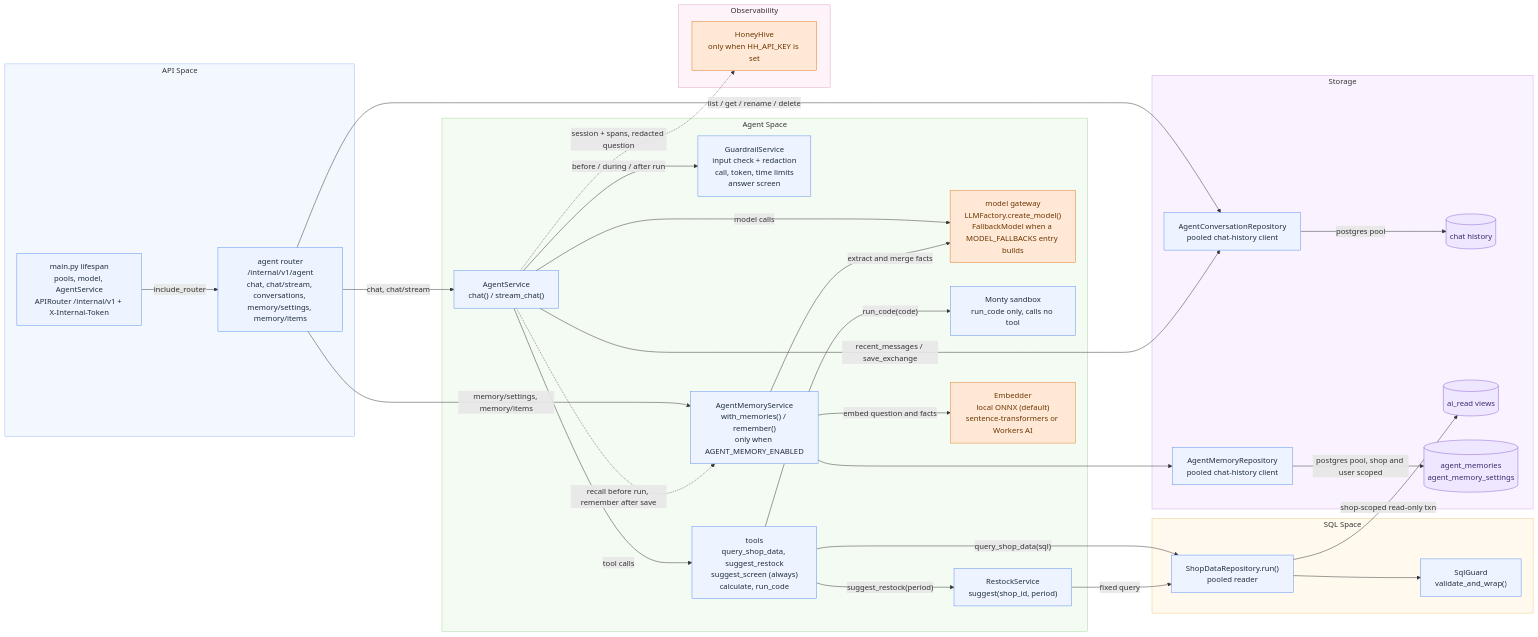
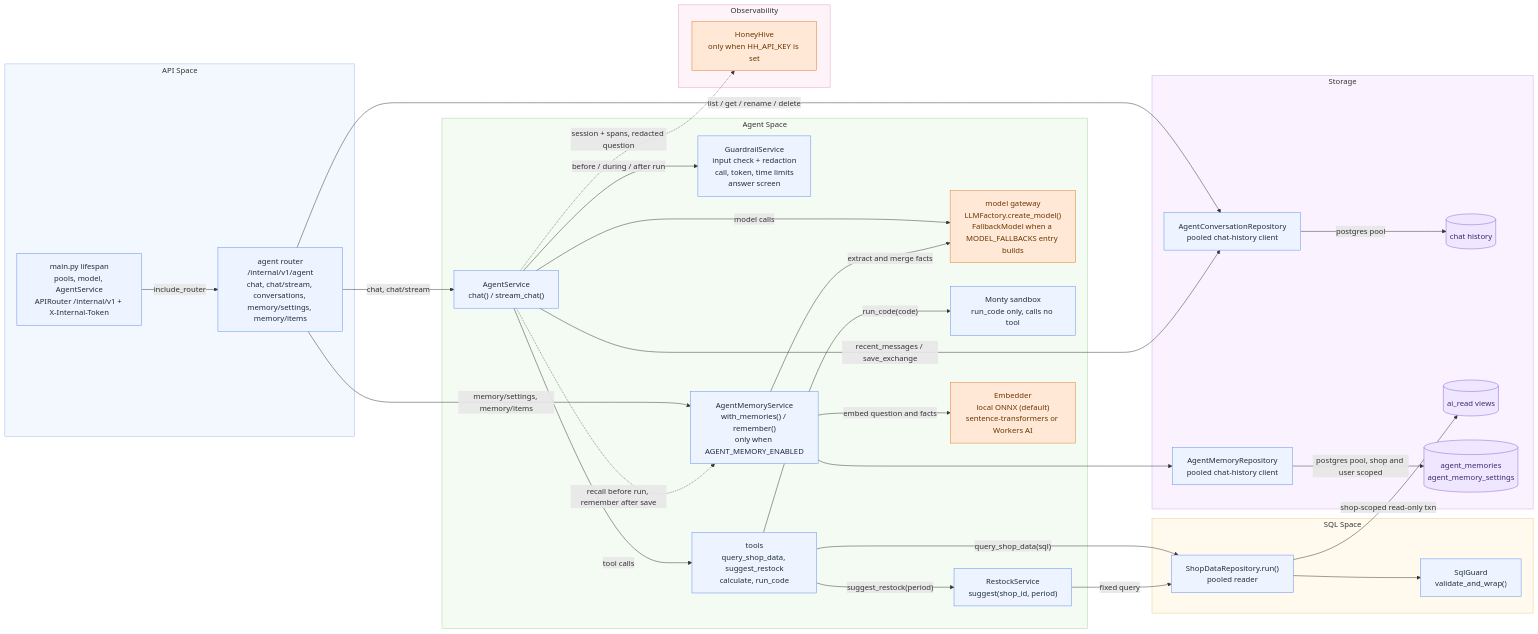
The diagram in docs/architecture/service-walkthrough/06-ai/ai-components.mmd (miphu2804/smart-ledger), drawn with Mermaid before and after one commit. The commit also changed 30 other files, not shown here.

```diff
--- a/docs/architecture/service-walkthrough/06-ai/ai-components.mmd
+++ b/docs/architecture/service-walkthrough/06-ai/ai-components.mmd
@@ -1,66 +1,66 @@
 flowchart LR
     subgraph API["API Space"]
         MAIN["main.py lifespan<br/>pools, model, AgentService<br/>APIRouter /internal/v1 + X-Internal-Token"]
         ROUTER["agent router<br/>/internal/v1/agent<br/>chat, chat/stream, conversations, memory/settings, memory/items"]
     end
 
     subgraph Agent["Agent Space"]
         SVC["AgentService<br/>chat() / stream_chat()"]
         GUARD["GuardrailService<br/>input check + redaction<br/>call, token, time limits<br/>answer screen"]
         MODEL["model gateway<br/>LLMFactory.create_model()<br/>FallbackModel when a MODEL_FALLBACKS entry builds"]
-        TOOLS["tools<br/>query_shop_data, suggest_restock<br/>suggest_screen (always)<br/>calculate, run_code"]
+        TOOLS["tools<br/>query_shop_data, suggest_restock<br/>calculate, run_code"]
         SANDBOX["Monty sandbox<br/>run_code only, calls no tool"]
         RESTOCK["RestockService<br/>suggest(shop_id, period)"]
         MEM["AgentMemoryService<br/>with_memories() / remember()<br/>only when AGENT_MEMORY_ENABLED"]
         EMB["Embedder<br/>local ONNX (default)<br/>sentence-transformers or Workers AI"]
     end
 
     subgraph SQL["SQL Space"]
         EXEC["ShopDataRepository.run()<br/>pooled reader"]
         SG["SqlGuard<br/>validate_and_wrap()"]
     end
 
     subgraph Store["Storage"]
         REPO["AgentConversationRepository<br/>pooled chat-history client"]
         PG[("chat history")]
         VIEWS[("ai_read views")]
         MREPO["AgentMemoryRepository<br/>pooled chat-history client"]
         MEMDB[("agent_memories<br/>agent_memory_settings")]
     end
 
     subgraph Obs["Observability"]
         LF["HoneyHive<br/>only when HH_API_KEY is set"]
     end
 
     MAIN -->|"include_router"| ROUTER
     ROUTER -->|"chat, chat/stream"| SVC
     ROUTER -->|"list / get / rename / delete"| REPO
     SVC -->|"before / during / after run"| GUARD
     SVC -->|"model calls"| MODEL
     SVC -->|"tool calls"| TOOLS
     SVC -->|"recent_messages / save_exchange"| REPO
     SVC -.->|"session + spans, redacted question"| LF
     TOOLS -->|"query_shop_data(sql)"| EXEC
     TOOLS -->|"suggest_restock(period)"| RESTOCK -->|"fixed query"| EXEC
     TOOLS -->|"run_code(code)"| SANDBOX
     EXEC --> SG
     EXEC -->|"shop-scoped read-only txn"| VIEWS
     REPO -->|"postgres pool"| PG
     ROUTER -->|"memory/settings, memory/items"| MEM
     SVC -.->|"recall before run, remember after save"| MEM
     MEM -->|"embed question and facts"| EMB
     MEM -->|"extract and merge facts"| MODEL
     MEM --> MREPO -->|"postgres pool, shop and user scoped"| MEMDB
     classDef default fill:#eef4ff,stroke:#5b8def,color:#1f2d3d
     classDef decision fill:#fff4cc,stroke:#d4a017,color:#5c4400
     classDef error fill:#fde2e1,stroke:#d9534f,color:#8a1f1b
     classDef terminal fill:#dff5e3,stroke:#3c9d5d,color:#1e5631
     classDef store fill:#efe6ff,stroke:#8a63d2,color:#3d2a6b
     classDef shared fill:#ffe9d6,stroke:#e07b24,color:#6b3500
     class PG,VIEWS,MEMDB store
     class MODEL,LF,EMB shared
     style API fill:#f3f8ff,stroke:#9dbcf5
     style Agent fill:#f4fbf2,stroke:#a8d5a2
     style SQL fill:#fff9ee,stroke:#f0c987
     style Store fill:#faf3ff,stroke:#cfa8f0
     style Obs fill:#fdf3f8,stroke:#e0a3c4
```
